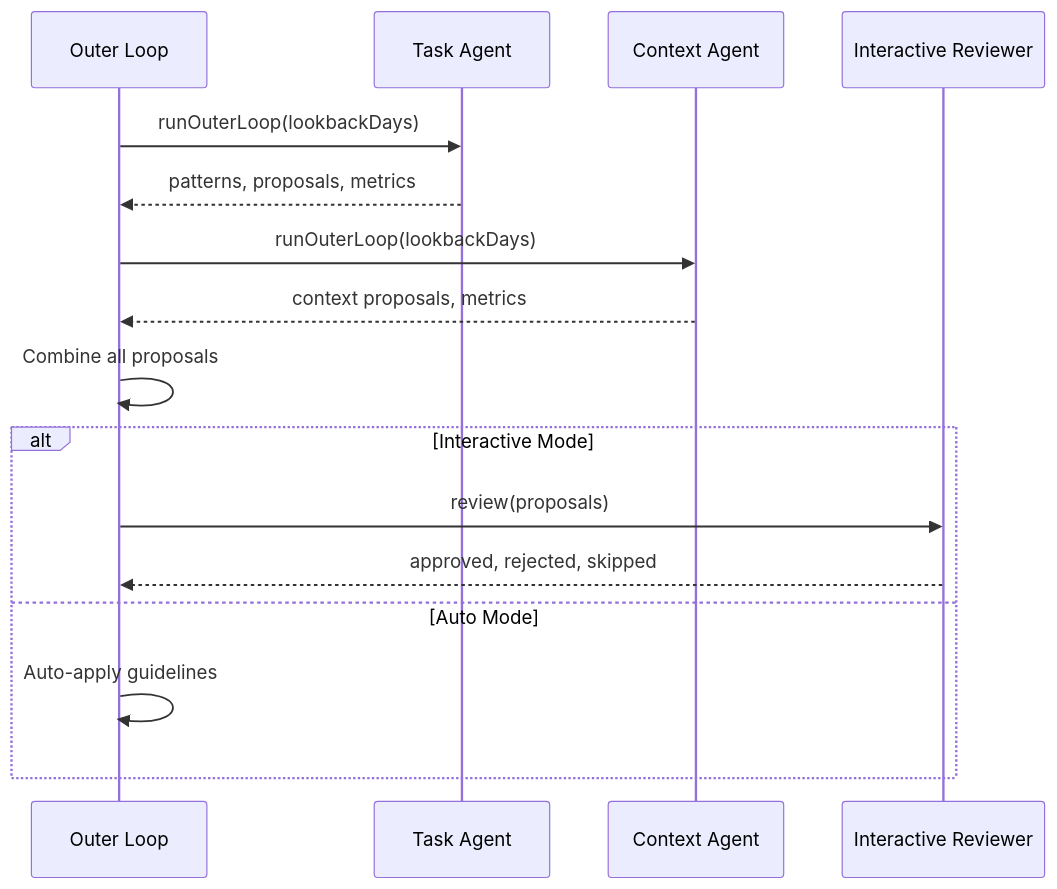
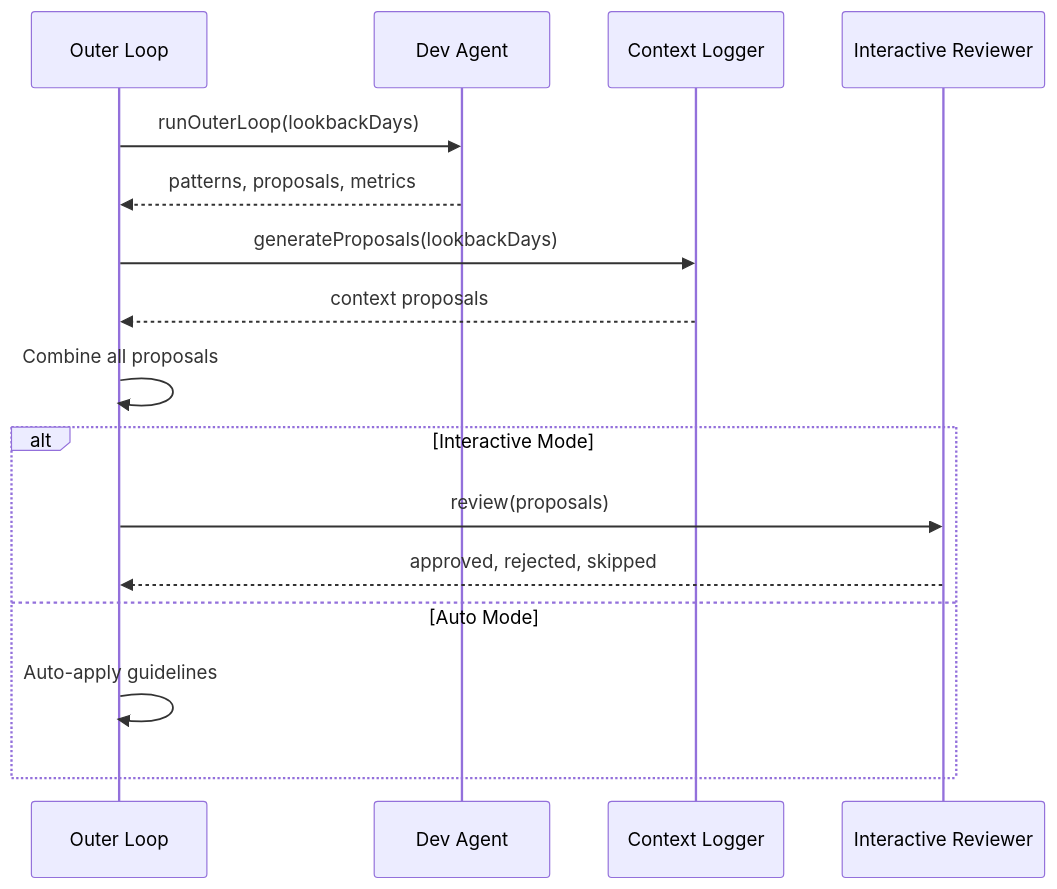
Before and after one commit to cymfg/ophan: the second of 19 diagrams in docs/outer-loop.md, drawn with Mermaid. The commit also changed other lines of this file and 43 other files, not shown here.

````diff
--- a/docs/outer-loop.md
+++ b/docs/outer-loop.md
@@ -46,22 +44,22 @@
 ```mermaid
 sequenceDiagram
     participant OL as Outer Loop
-    participant TA as Task Agent
-    participant CA as Context Agent
+    participant DA as Dev Agent
+    participant CL as Context Logger
     participant IR as Interactive Reviewer
 
-    OL->>TA: runOuterLoop(lookbackDays)
-    TA-->>OL: patterns, proposals, metrics
+    OL->>DA: runOuterLoop(lookbackDays)
+    DA-->>OL: patterns, proposals, metrics
 
-    OL->>CA: runOuterLoop(lookbackDays)
-    CA-->>OL: context proposals, metrics
+    OL->>CL: generateProposals(lookbackDays)
+    CL-->>OL: context proposals
 
     OL->>OL: Combine all proposals
 
     alt Interactive Mode
         OL->>IR: review(proposals)
         IR-->>OL: approved, rejected, skipped
     else Auto Mode
         OL->>OL: Auto-apply guidelines
     end
 ```
````
